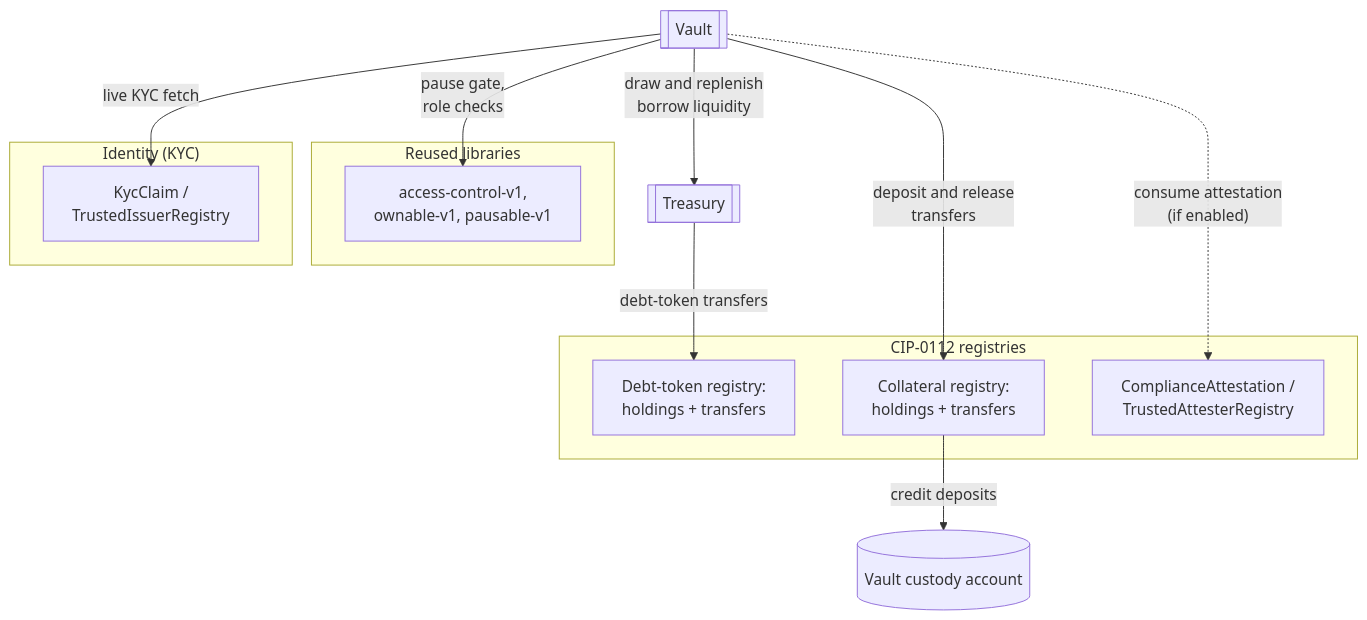
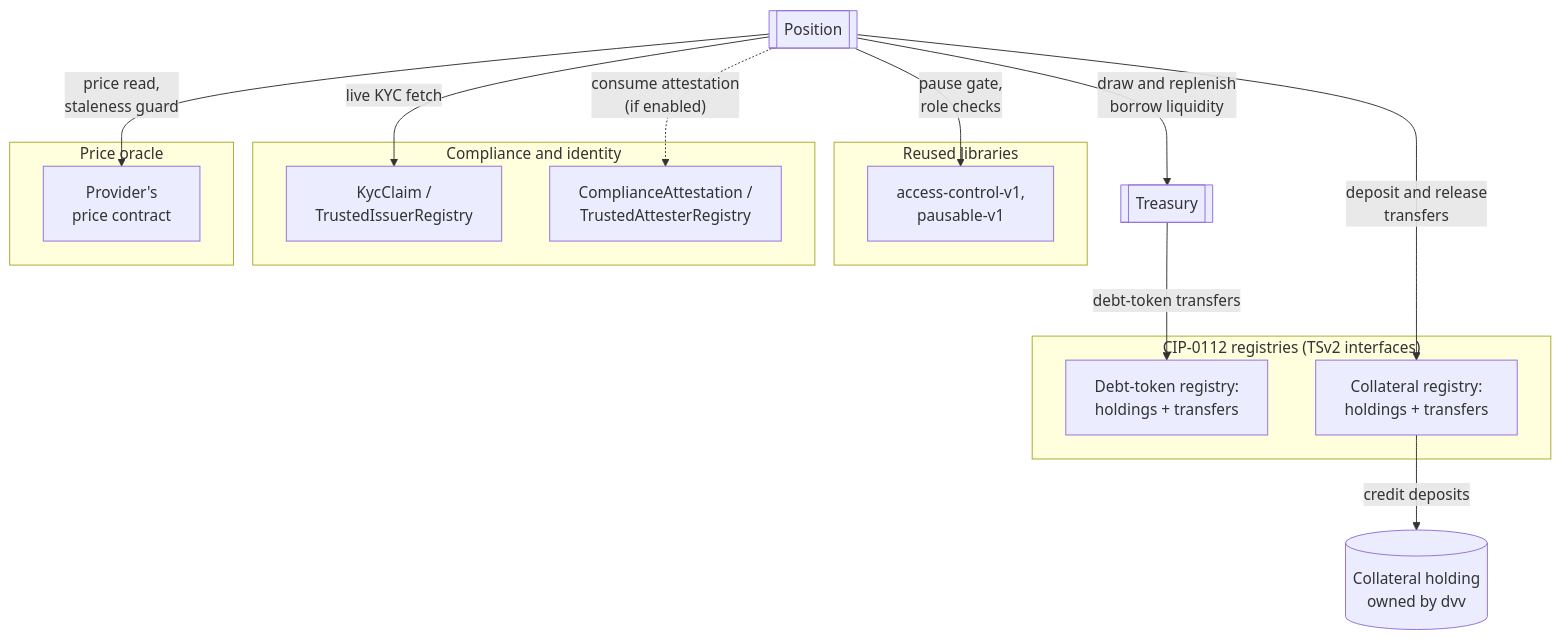
One commit to OpenZeppelin/canton-specs changed the second of 9 diagrams in docs/reference-architectures/lending.md. Above: the diagram before and after it, drawn with Mermaid. The commit also changed other lines of this file and 1 other file, not shown here.

````diff
--- a/docs/reference-architectures/lending.md
+++ b/docs/reference-architectures/lending.md
@@ -159,28 +155,33 @@
 ```mermaid
 flowchart TB
-    Vault[["Vault"]]
+    Position[["Position"]]
     Treasury[["Treasury"]]
-    Custody[("Vault custody account")]
+    Collateral[("Collateral holding<br/>owned by dvv")]
 
     subgraph Libraries["Reused libraries"]
-        Gov["access-control-v1,<br/>ownable-v1, pausable-v1"]
+        Gov["access-control-v1,<br/>pausable-v1"]
     end
 
-    subgraph Identity["Identity (KYC)"]
+    subgraph Identity["Compliance and identity"]
         Kyc["KycClaim /<br/>TrustedIssuerRegistry"]
-    end
-
-    subgraph Rail["CIP-0112 registries"]
-        Debt["Debt-token registry:<br/>holdings + transfers"]
-        Coll["Collateral registry:<br/>holdings + transfers"]
         Att["ComplianceAttestation /<br/>TrustedAttesterRegistry"]
     end
 
-    Vault -->|"pause gate,<br/>role checks"| Gov
-    Vault -->|"live KYC fetch"| Kyc
-    Vault -->|"draw and replenish<br/>borrow liquidity"| Treasury
+    subgraph Rail["CIP-0112 registries (TSv2 interfaces)"]
+        Debt["Debt-token registry:<br/>holdings + transfers"]
+        Coll["Collateral registry:<br/>holdings + transfers"]
+    end
+
+    subgraph Price["Price oracle"]
+        Oracle["Provider's<br/>price contract"]
+    end
+
+    Position -->|"price read,<br/>staleness guard"| Oracle
+    Position -->|"pause gate,<br/>role checks"| Gov
+    Position -->|"live KYC fetch"| Kyc
+    Position -->|"draw and replenish<br/>borrow liquidity"| Treasury
     Treasury -->|"debt-token transfers"| Debt
-    Vault -.->|"consume attestation<br/>(if enabled)"| Att
-    Vault -->|"deposit and release<br/>transfers"| Coll
-    Coll -->|"credit deposits"| Custody
+    Position -.->|"consume attestation<br/>(if enabled)"| Att
+    Position -->|"deposit and release<br/>transfers"| Coll
+    Coll -->|"credit deposits"| Collateral
 ```
````
